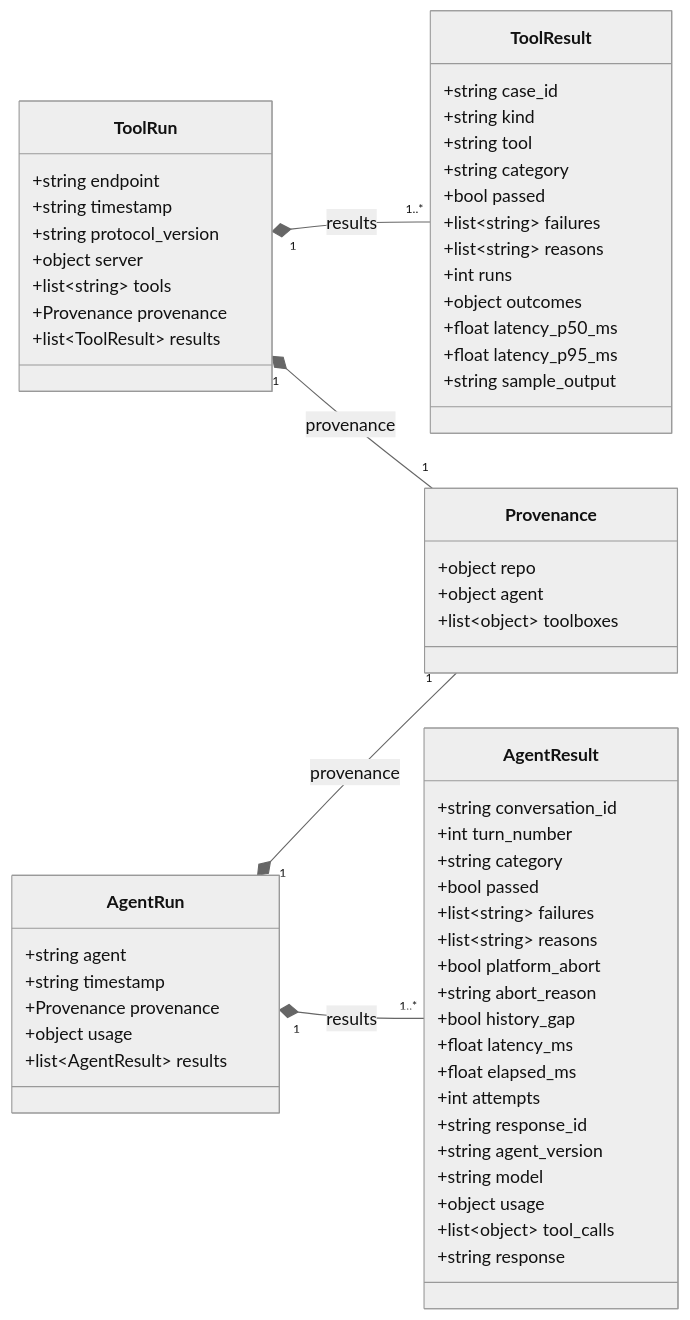
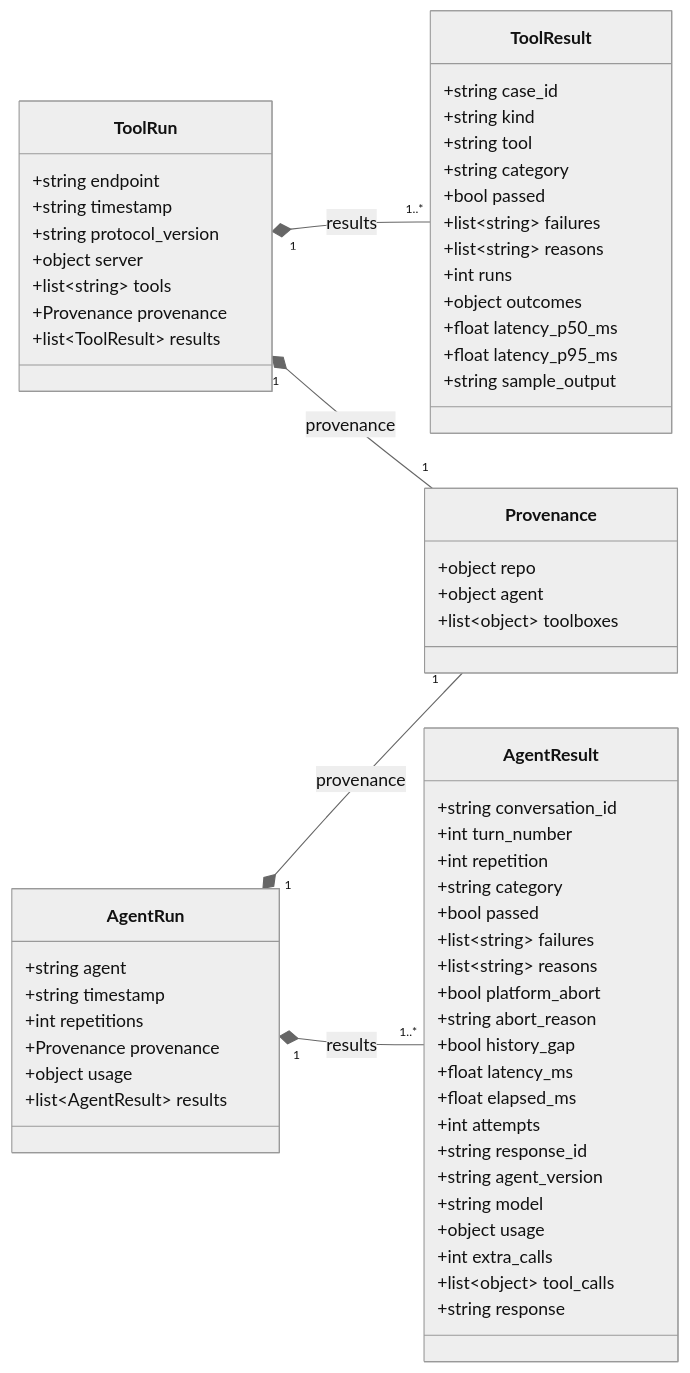
One commit to bradrlaw/foundryToolboxEval changed the fifth of 17 diagrams in docs/architecture.md. Above: the diagram before and after it, drawn with Mermaid (neutral theme). The commit also changed other lines of this file and 17 other files, not shown here.

First line of the commit message:
Agent evals: repetitions with pass@k, and extra-call limits

````diff
--- a/docs/architecture.md
+++ b/docs/architecture.md
@@ -244,63 +245,66 @@
 ```mermaid
 classDiagram
     direction LR
     class ToolRun {
         +string endpoint
         +string timestamp
         +string protocol_version
         +object server
         +list~string~ tools
         +Provenance provenance
         +list~ToolResult~ results
     }
     class ToolResult {
         +string case_id
         +string kind
         +string tool
         +string category
         +bool passed
         +list~string~ failures
         +list~string~ reasons
         +int runs
         +object outcomes
         +float latency_p50_ms
         +float latency_p95_ms
         +string sample_output
     }
     class AgentRun {
         +string agent
         +string timestamp
+        +int repetitions
         +Provenance provenance
         +object usage
         +list~AgentResult~ results
     }
     class Provenance {
         +object repo
         +object agent
         +list~object~ toolboxes
     }
     class AgentResult {
         +string conversation_id
         +int turn_number
+        +int repetition
         +string category
         +bool passed
         +list~string~ failures
         +list~string~ reasons
         +bool platform_abort
         +string abort_reason
         +bool history_gap
         +float latency_ms
         +float elapsed_ms
         +int attempts
         +string response_id
         +string agent_version
         +string model
         +object usage
+        +int extra_calls
         +list~object~ tool_calls
         +string response
     }
     ToolRun "1" *-- "1..*" ToolResult : results
     AgentRun "1" *-- "1..*" AgentResult : results
     ToolRun "1" *-- "1" Provenance : provenance
     AgentRun "1" *-- "1" Provenance : provenance
 ```
````
